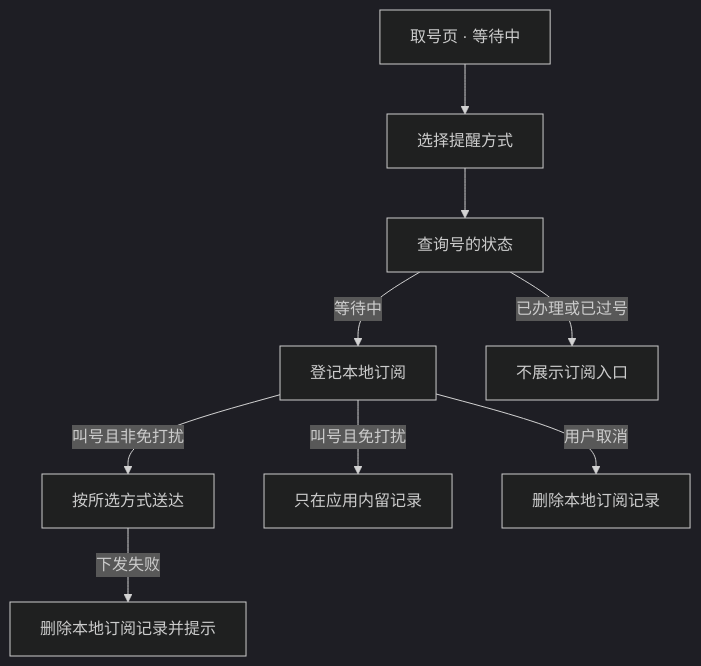
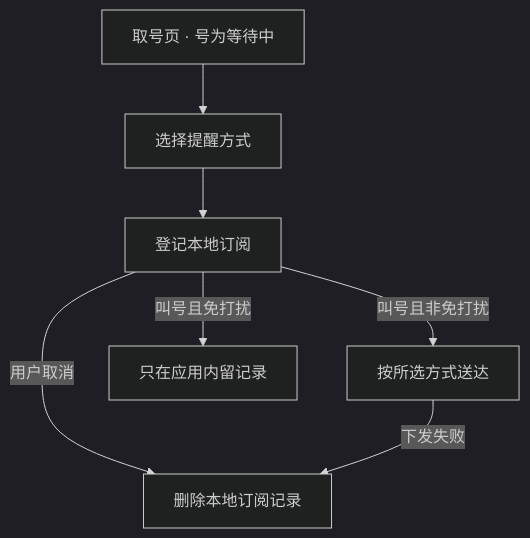
The diagram in test/story/fixtures/narrative-variants/pairs/base-queue.story.md (sqsqsq/SimulatedWalletForHmos), drawn with Mermaid (dark theme) before and after one commit. The commit also changed other lines of this file and 10 other files, not shown here.

````diff
--- a/test/story/fixtures/narrative-variants/pairs/base-queue.story.md
+++ b/test/story/fixtures/narrative-variants/pairs/base-queue.story.md
@@ -71,11 +72,9 @@
 ```mermaid
 flowchart TD
-    A[取号页 · 等待中] --> B[选择提醒方式]
-    B --> C[查询号的状态]
-    C -->|等待中| D[登记本地订阅]
-    C -->|已办理或已过号| E[不展示订阅入口]
-    D -->|叫号且非免打扰| F[按所选方式送达]
-    D -->|叫号且免打扰| G[只在应用内留记录]
-    D -->|用户取消| H[删除本地订阅记录]
-    F -->|下发失败| I[删除本地订阅记录并提示]
+    A[取号页 · 号为等待中] --> B[选择提醒方式]
+    B --> C[登记本地订阅]
+    C -->|叫号且非免打扰| D[按所选方式送达]
+    C -->|叫号且免打扰| E[只在应用内留记录]
+    C -->|用户取消| F[删除本地订阅记录]
+    D -->|下发失败| F
 ```
````
